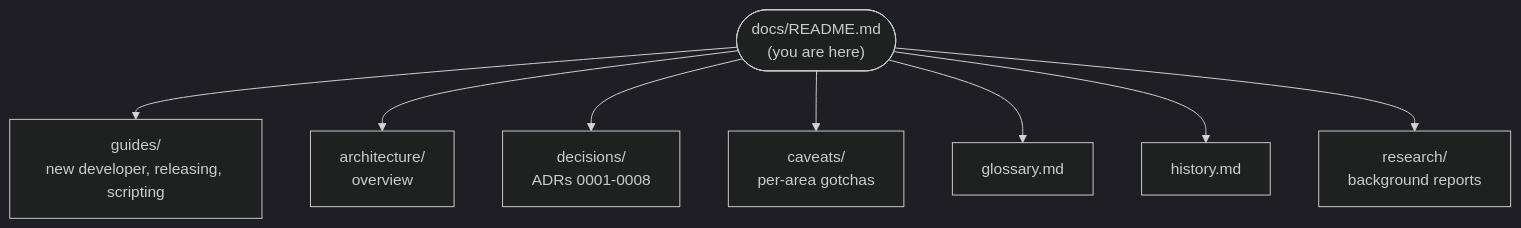
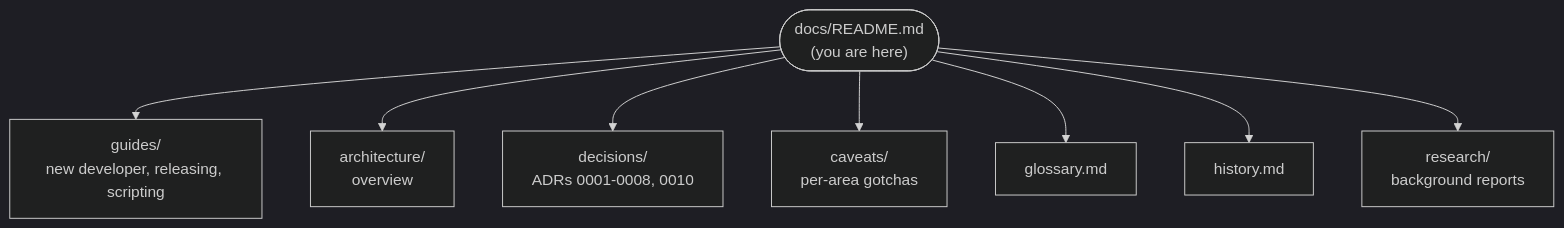
Before and after one commit to joebarbere/controls: the diagram in docs/README.md, drawn with Mermaid (dark theme). The commit also changed other lines of this file and 4 other files, not shown here.

````diff
--- a/docs/README.md
+++ b/docs/README.md
@@ -5,11 +5,11 @@
 ```mermaid
 flowchart TD
     HUB(["docs/README.md<br/>(you are here)"])
     HUB --> G["guides/<br/>new developer, releasing, scripting"]
     HUB --> A["architecture/<br/>overview"]
-    HUB --> D["decisions/<br/>ADRs 0001-0008"]
+    HUB --> D["decisions/<br/>ADRs 0001-0008, 0010"]
     HUB --> C["caveats/<br/>per-area gotchas"]
     HUB --> GL["glossary.md"]
     HUB --> H["history.md"]
     HUB --> R["research/<br/>background reports"]
 ```
````
